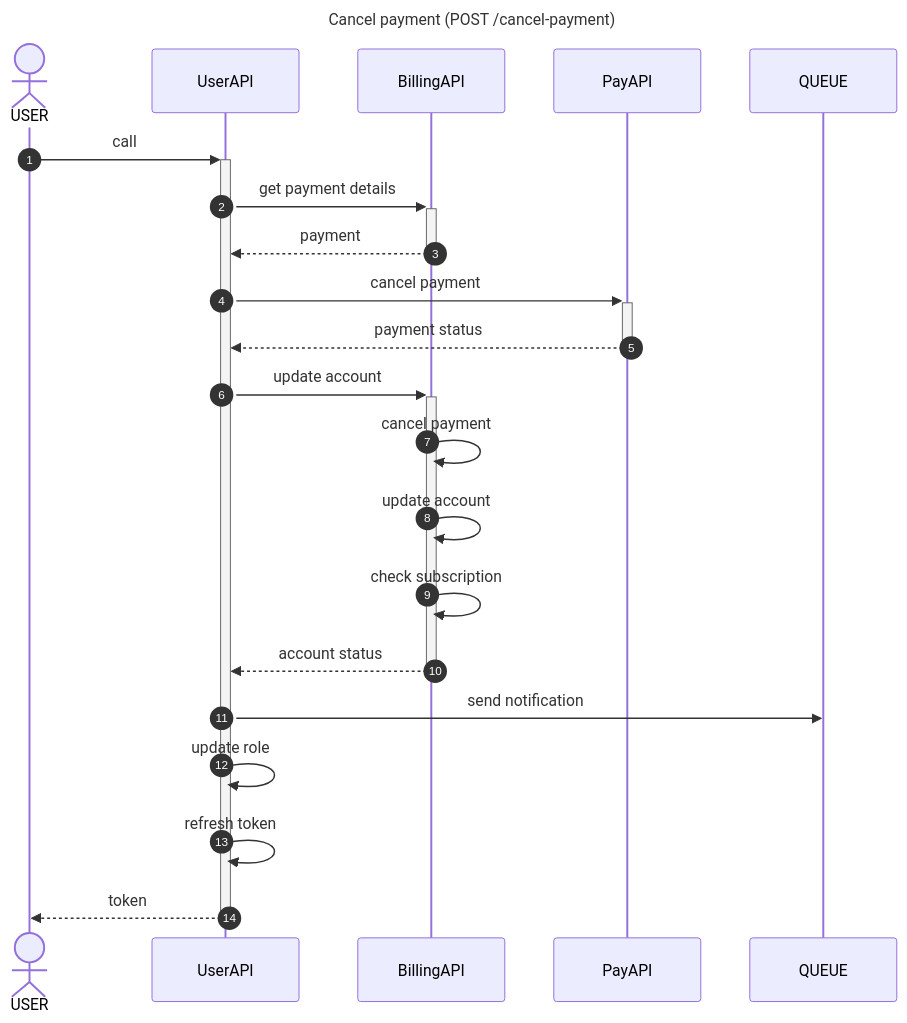
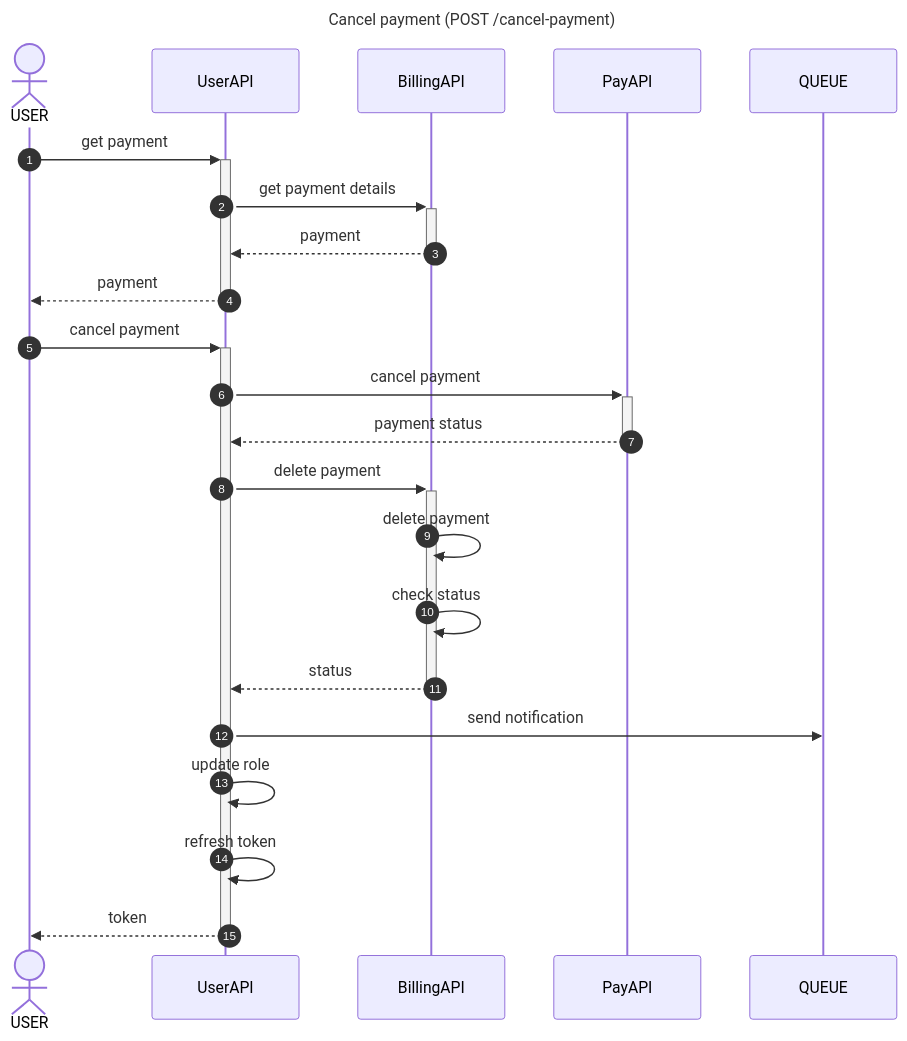
Before and after one commit to fall3nangel/Billing_Stripe: the diagram in architecture/seq-cancel-payment.md, drawn with Mermaid. The commit also changed 3 other files, not shown here.

Commit message:
upd diagrams

````diff
--- a/architecture/seq-cancel-payment.md
+++ b/architecture/seq-cancel-payment.md
@@ -1,26 +1,27 @@
 ```mermaid
 ---
 title: Cancel payment (POST /cancel-payment)
 ---
 sequenceDiagram
     autonumber
     actor USER
     participant UserAPI
     participant BillingAPI
     participant PayAPI
     participant QUEUE
-    USER->>+UserAPI: call
+    USER->>+UserAPI: get payment
     UserAPI->>+BillingAPI: get payment details
     BillingAPI-->>-UserAPI: payment
+    UserAPI-->>-USER: payment
+    USER->>+UserAPI: cancel payment
     UserAPI->>+PayAPI: cancel payment
     PayAPI-->>-UserAPI: payment status
-    UserAPI->>+BillingAPI: update account
-    BillingAPI->>BillingAPI: cancel payment
-    BillingAPI->>BillingAPI: update account
-    BillingAPI->>BillingAPI: check subscription
-    BillingAPI-->>-UserAPI: account status
+    UserAPI->>+BillingAPI: delete payment
+    BillingAPI->>BillingAPI: delete payment
+    BillingAPI->>BillingAPI: check status
+    BillingAPI-->>-UserAPI: status
     UserAPI->>QUEUE: send notification
     UserAPI->>UserAPI: update role
     UserAPI->>UserAPI: refresh token
     UserAPI-->>-USER: token
 ```
````
